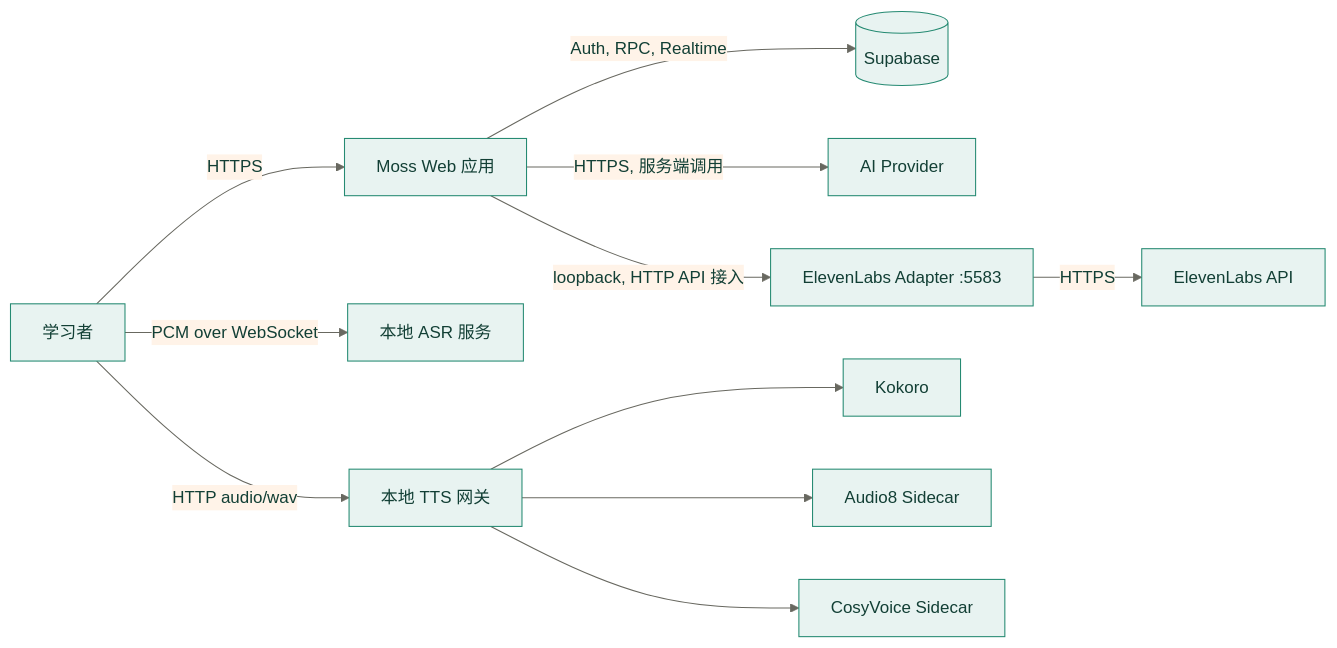
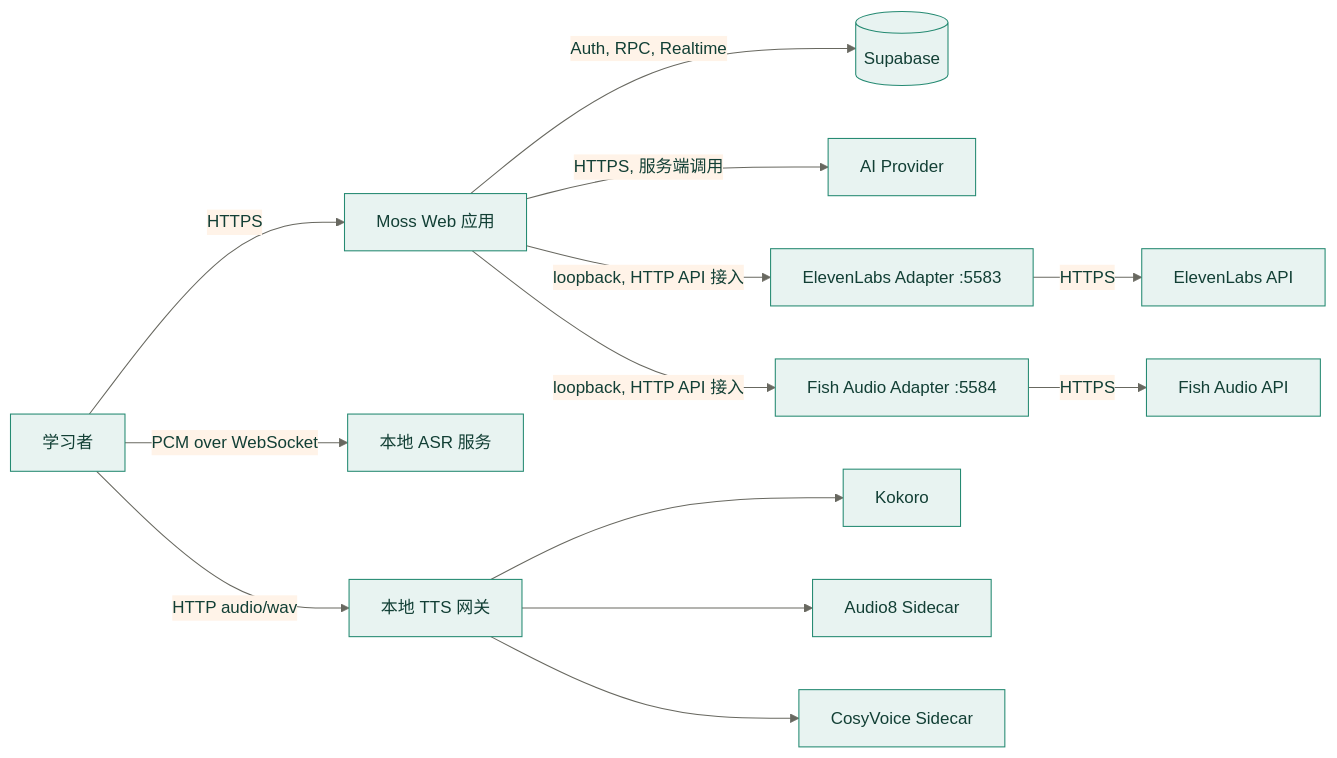
One commit to chaos-design/moss changed the first of 7 diagrams in docs/architecture.md. Above: the diagram before and after it, drawn with Mermaid. The commit also changed other lines of this file and 50 other files, not shown here.

````diff
--- a/docs/architecture.md
+++ b/docs/architecture.md
@@ -18,14 +18,16 @@
 ```mermaid
 %%{init: {"theme":"base","themeVariables":{"primaryColor":"#E8F3F1","primaryTextColor":"#123F35","primaryBorderColor":"#258A72","lineColor":"#686860","secondaryColor":"#FFF3E8","tertiaryColor":"#EEF2FF"}}}%%
 flowchart LR
     Learner[学习者] -->|HTTPS| Moss[Moss Web 应用]
     Moss -->|Auth, RPC, Realtime| Supabase[(Supabase)]
     Moss -->|HTTPS, 服务端调用| AI[AI Provider]
     Moss -->|loopback, HTTP API 接入| ElevenLabs[ElevenLabs Adapter :5583]
     ElevenLabs -->|HTTPS| ElevenLabsApi[ElevenLabs API]
+    Moss -->|loopback, HTTP API 接入| FishAudio[Fish Audio Adapter :5584]
+    FishAudio -->|HTTPS| FishAudioApi[Fish Audio API]
     Learner -->|PCM over WebSocket| ASR[本地 ASR 服务]
     Learner -->|HTTP audio/wav| TTS[本地 TTS 网关]
     TTS --> Kokoro[Kokoro]
     TTS --> Audio8[Audio8 Sidecar]
     TTS --> CosyVoice[CosyVoice Sidecar]
 ```
````
